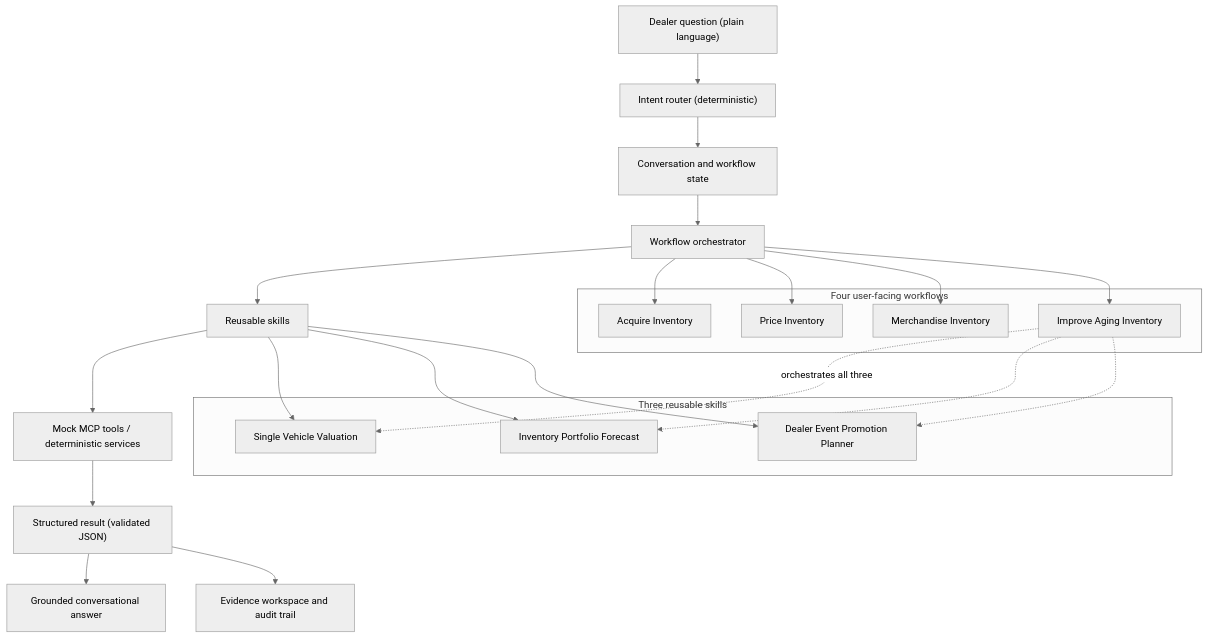
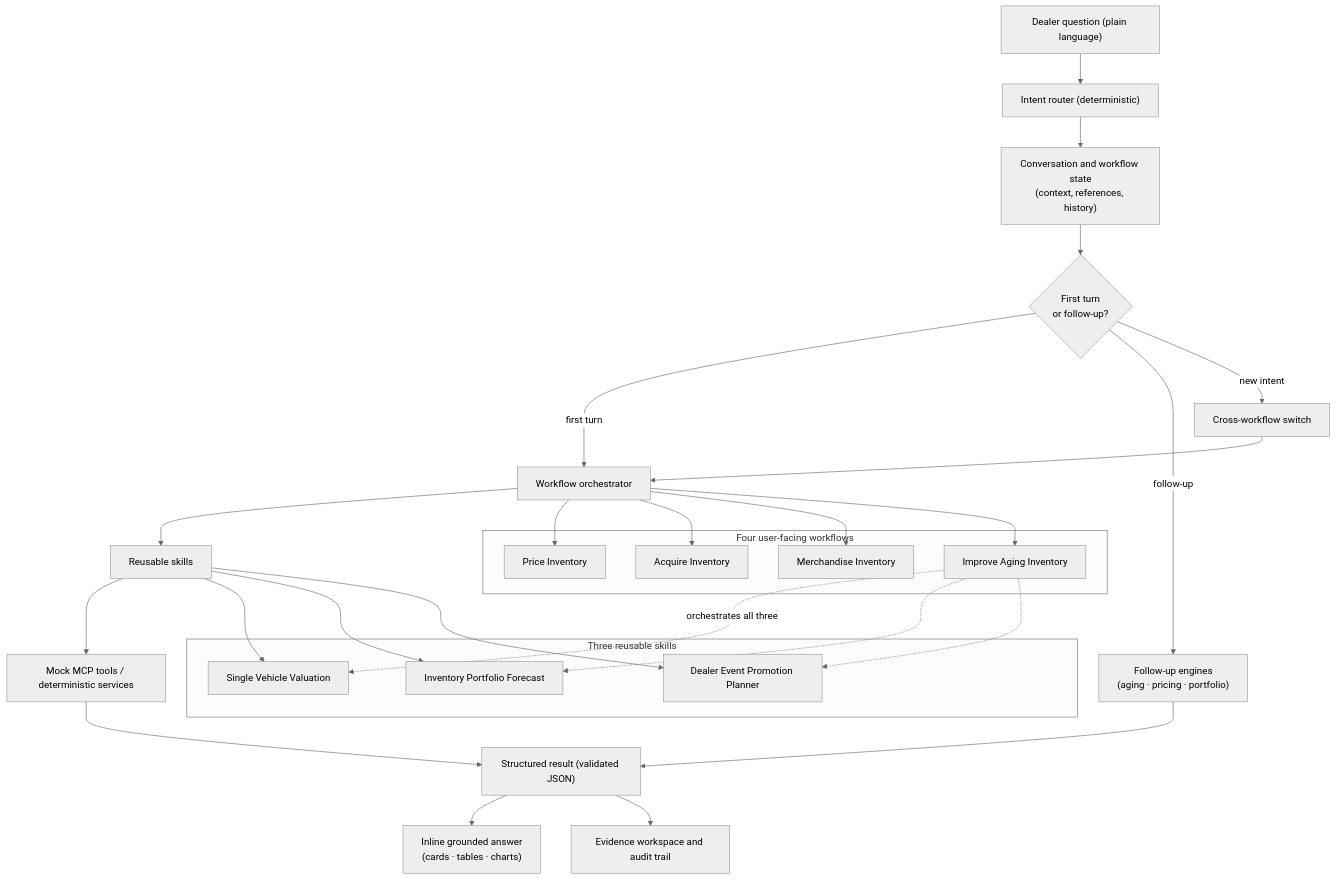
One commit to cuiyidan125/dealer-ai-inventory-assistant changed the diagram in README.md. Above: the diagram before and after it, drawn with Mermaid (neutral theme). The commit also changed other lines of this file, not shown here.

First line of the commit message:
Refresh README for the current conversational product

````diff
--- a/README.md
+++ b/README.md
@@ -203,35 +211,42 @@
 ```mermaid
 flowchart TD
     Q["Dealer question (plain language)"] --> R["Intent router (deterministic)"]
-    R --> S["Conversation and workflow state"]
-    S --> O["Workflow orchestrator"]
+    R --> C["Conversation and workflow state<br/>(context, references, history)"]
+    C --> D{"First turn<br/>or follow-up?"}
+
+    D -- "first turn" --> O["Workflow orchestrator"]
+    D -- "follow-up" --> FU["Follow-up engines<br/>(aging · pricing · portfolio)"]
+    D -- "new intent" --> SW["Cross-workflow switch"]
+    SW --> O
+
     O --> SK["Reusable skills"]
-    SK --> M["Mock MCP tools / deterministic services"]
-    M --> RES["Structured result (validated JSON)"]
-    RES --> A["Grounded conversational answer"]
+    FU --> RES
+    SK --> MCP["Mock MCP tools / deterministic services"]
+    MCP --> RES["Structured result (validated JSON)"]
+    RES --> A["Inline grounded answer<br/>(cards · tables · charts)"]
     RES --> W["Evidence workspace and audit trail"]
 
     subgraph Skills["Three reusable skills"]
         SV["Single Vehicle Valuation"]
         PF["Inventory Portfolio Forecast"]
         PP["Dealer Event Promotion Planner"]
     end
     SK --> SV
     SK --> PF
     SK --> PP
 
     subgraph Workflows["Four user-facing workflows"]
+        PR["Price Inventory"]
         AQ["Acquire Inventory"]
-        PR["Price Inventory"]
         ME["Merchandise Inventory"]
         IA["Improve Aging Inventory"]
     end
+    O --> PR
     O --> AQ
-    O --> PR
     O --> ME
     O --> IA
 
     IA -. "orchestrates all three" .-> SV
     IA -.-> PF
     IA -.-> PP
 ```
````
